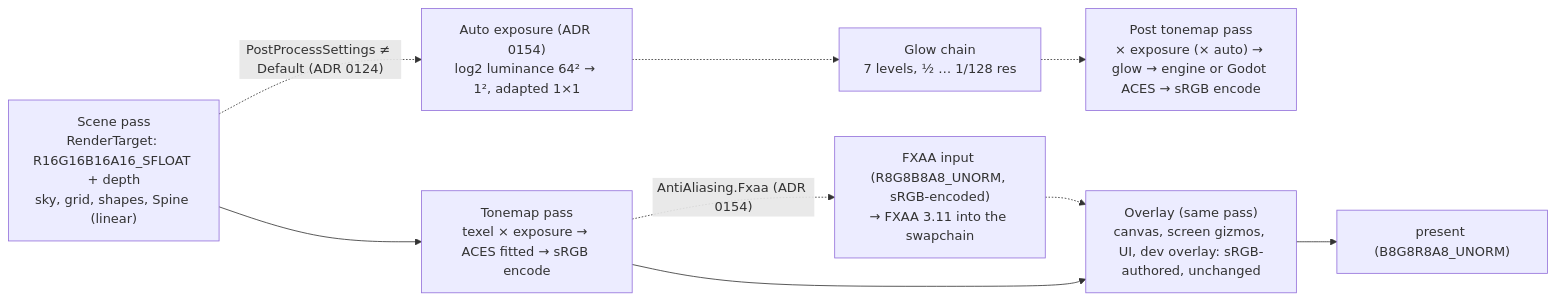
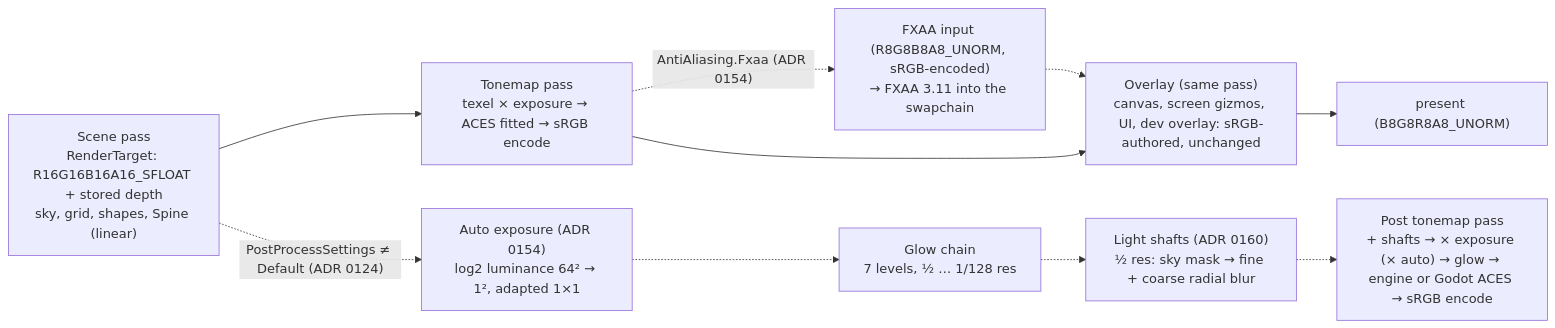
Before and after one commit to Mainframe-Games/mainframe-engine: the diagram in docs/design/color-pipeline.md, drawn with Mermaid. The commit also changed other lines of this file and 22 other files, not shown here.

First line of the commit message:
Rendering: screen-space light shafts (ADR 0160)

````diff
--- a/docs/design/color-pipeline.md
+++ b/docs/design/color-pipeline.md
@@ -19,8 +19,8 @@
 ```mermaid
 flowchart LR
-    S["Scene pass<br/>RenderTarget: R16G16B16A16_SFLOAT + depth<br/>sky, grid, shapes, Spine (linear)"] --> T["Tonemap pass<br/>texel × exposure → ACES fitted → sRGB encode"]
-    S -. "PostProcessSettings ≠ Default (ADR 0124)" .-> AE["Auto exposure (ADR 0154)<br/>log2 luminance 64² → 1², adapted 1×1"] -.-> G["Glow chain<br/>7 levels, ½ … 1/128 res"] -.-> T2["Post tonemap pass<br/>× exposure (× auto) → glow → engine or Godot ACES → sRGB encode"]
+    S["Scene pass<br/>RenderTarget: R16G16B16A16_SFLOAT + stored depth<br/>sky, grid, shapes, Spine (linear)"] --> T["Tonemap pass<br/>texel × exposure → ACES fitted → sRGB encode"]
+    S -. "PostProcessSettings ≠ Default (ADR 0124)" .-> AE["Auto exposure (ADR 0154)<br/>log2 luminance 64² → 1², adapted 1×1"] -.-> G["Glow chain<br/>7 levels, ½ … 1/128 res"] -.-> LS["Light shafts (ADR 0160)<br/>½ res: sky mask → fine + coarse radial blur"] -.-> T2["Post tonemap pass<br/>+ shafts → × exposure (× auto) → glow → engine or Godot ACES → sRGB encode"]
     T -. "AntiAliasing.Fxaa (ADR 0154)" .-> F["FXAA input (R8G8B8A8_UNORM, sRGB-encoded)<br/>→ FXAA 3.11 into the swapchain"] -.-> O
     T --> O["Overlay (same pass)<br/>canvas, screen gizmos, UI, dev overlay: sRGB-authored, unchanged"]
     O --> P["present (B8G8R8A8_UNORM)"]
 ```
````
